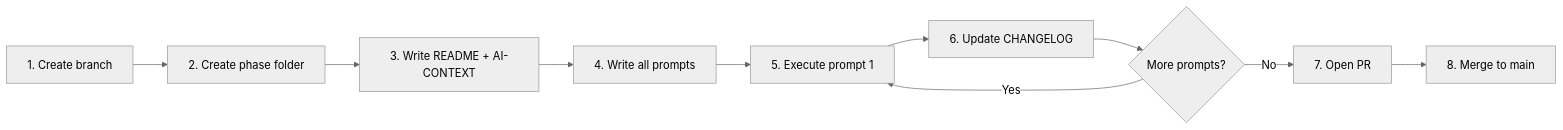
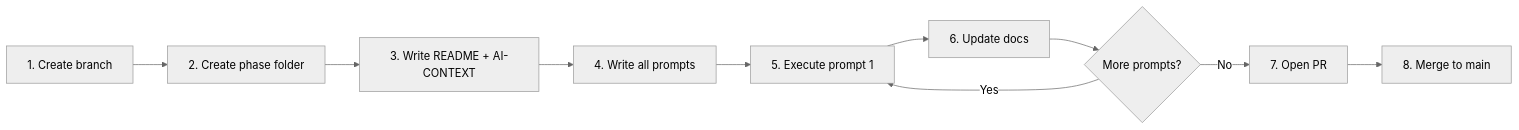
Before and after one commit to ankurnema/ankurnema.in: the diagram in developer/PHASE_WORKFLOW.md, drawn with Mermaid (neutral theme). The commit also changed other lines of this file and 16 other files, not shown here.

````diff
--- a/developer/PHASE_WORKFLOW.md
+++ b/developer/PHASE_WORKFLOW.md
@@ -46,12 +46,12 @@
 ```mermaid
 flowchart LR
     A[1. Create branch] --> B[2. Create phase folder]
     B --> C[3. Write README + AI-CONTEXT]
     C --> D[4. Write all prompts]
     D --> E[5. Execute prompt 1]
-    E --> F[6. Update CHANGELOG]
+    E --> F[6. Update docs]
     F --> G{More prompts?}
     G -- Yes --> E
     G -- No --> H[7. Open PR]
     H --> I[8. Merge to main]
 ```
````
